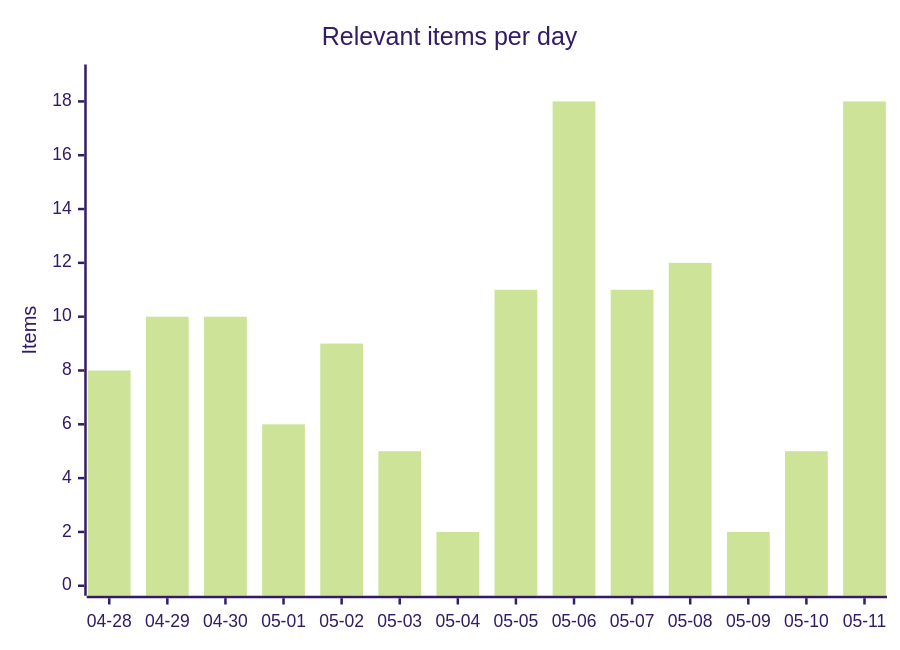
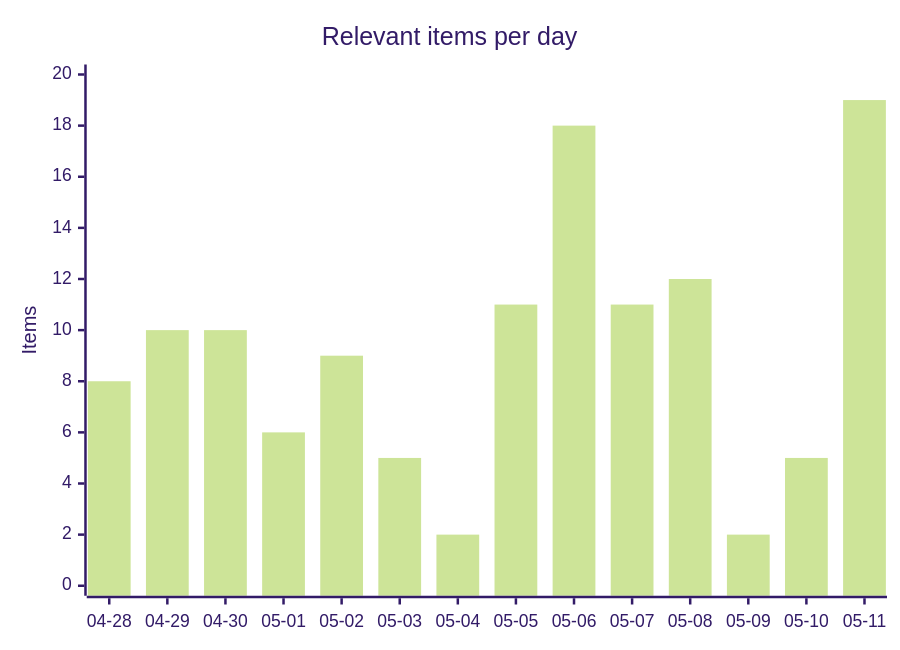
One commit to martinbalfanz/social-scanner-reports changed the first of 4 diagrams in README.md. Above: the diagram before and after it, drawn with Mermaid (forest theme). The commit also changed other lines of this file and 2 other files, not shown here.

````diff
--- a/README.md
+++ b/README.md
@@ -30,7 +30,7 @@
 ```mermaid
 xychart-beta
     title "Relevant items per day"
     x-axis ["04-28", "04-29", "04-30", "05-01", "05-02", "05-03", "05-04", "05-05", "05-06", "05-07", "05-08", "05-09", "05-10", "05-11"]
-    y-axis "Items" 0 --> 19
-    bar [8, 10, 10, 6, 9, 5, 2, 11, 18, 11, 12, 2, 5, 18]
+    y-axis "Items" 0 --> 20
+    bar [8, 10, 10, 6, 9, 5, 2, 11, 18, 11, 12, 2, 5, 19]
 ```
````
